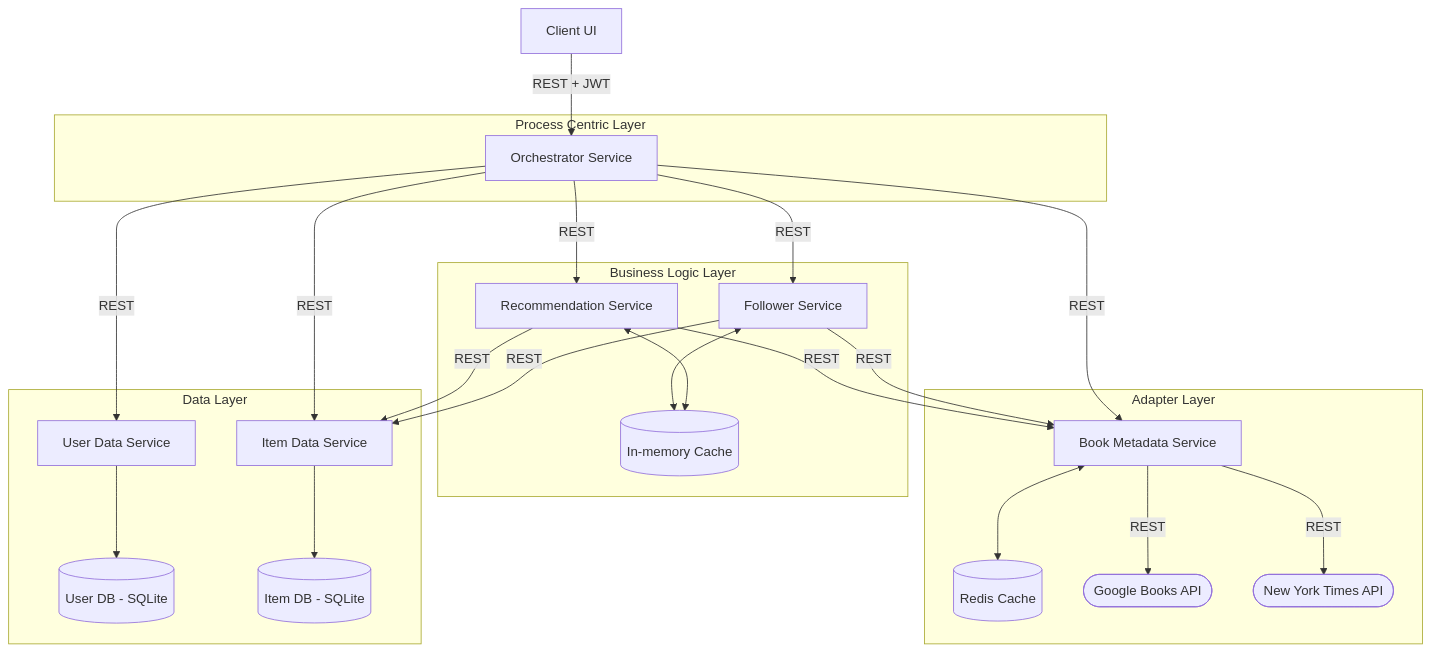
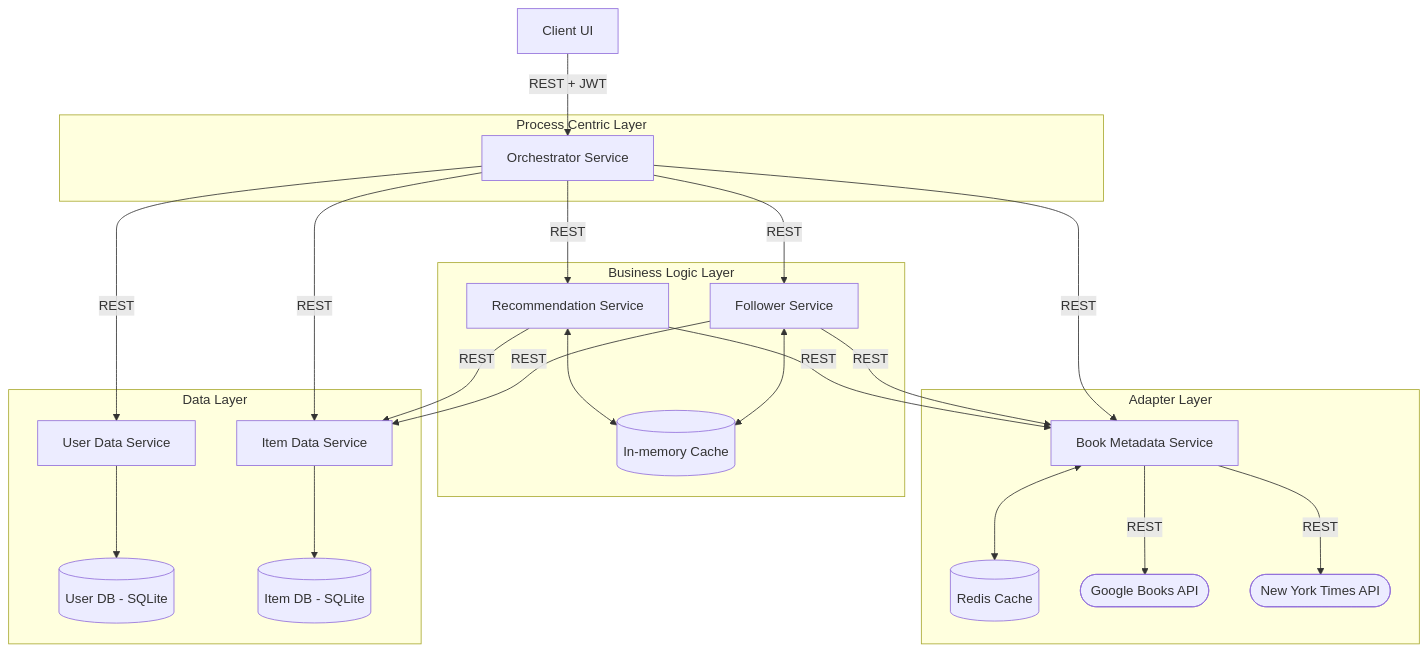
One commit to Betal02/hive_books changed the diagram in README.md. Above: the diagram before and after it, drawn with Mermaid. The commit also changed other lines of this file, not shown here.

````diff
--- a/README.md
+++ b/README.md
@@ -54,63 +54,63 @@
 ```mermaid
 
 flowchart TD
 
     UI[Client UI]
 
     subgraph "Process Centric Layer"
         OS[Orchestrator Service]
     end
 
 
     subgraph "Business Logic Layer"
         RS[Recommendation Service]
         FS[Follower Service]
 
         IMC[("In-memory Cache")]
     end
 
   
     subgraph "Adapter Layer"
         MA[Book Metadata Service]
 
         R[(Redis Cache)]
 
         GBA([Google Books API])
         NYT([New York Times API])
     end
   
 
     subgraph "Data Layer"
         UDS[User Data Service]
         IDS[Item Data Service]
 
         UDB[(User DB - SQLite)]
         IDB[(Item DB - SQLite)]
     end
 
     IDS --> IDB
     UDS --> UDB
 
     UI -->|REST + JWT| OS
 
     OS -->|REST| UDS
     OS -->|REST| IDS
     OS -->|REST| MA
     OS -->|REST| RS
     OS -->|REST| FS
 
     RS -->|REST| IDS
     RS -->|REST| MA
 
     FS -->|REST| IDS
     FS -->|REST| MA
 
+    RS <--> IMC
     FS <--> IMC
-    RS <--> IMC
 
     MA -->|REST| GBA
     MA -->|REST| NYT
 
     MA <--> R
 
 ```
````
